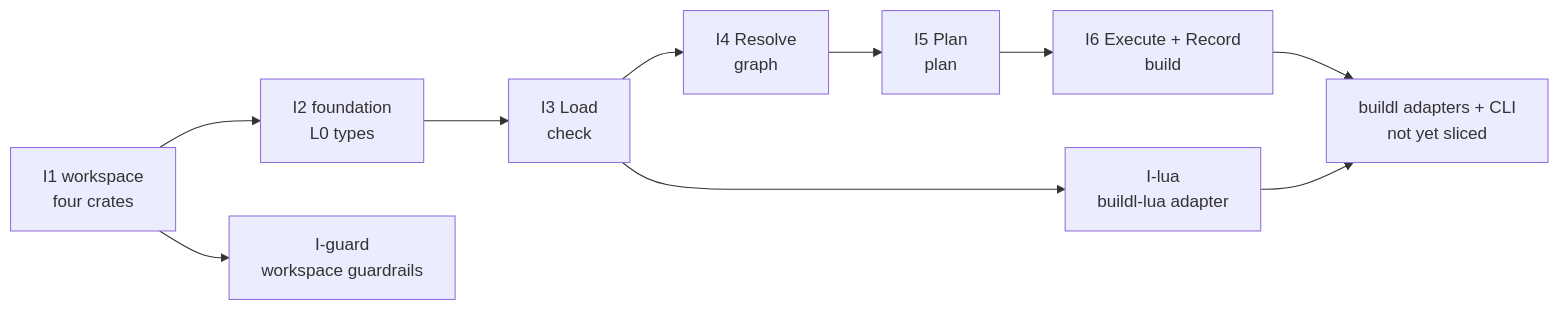
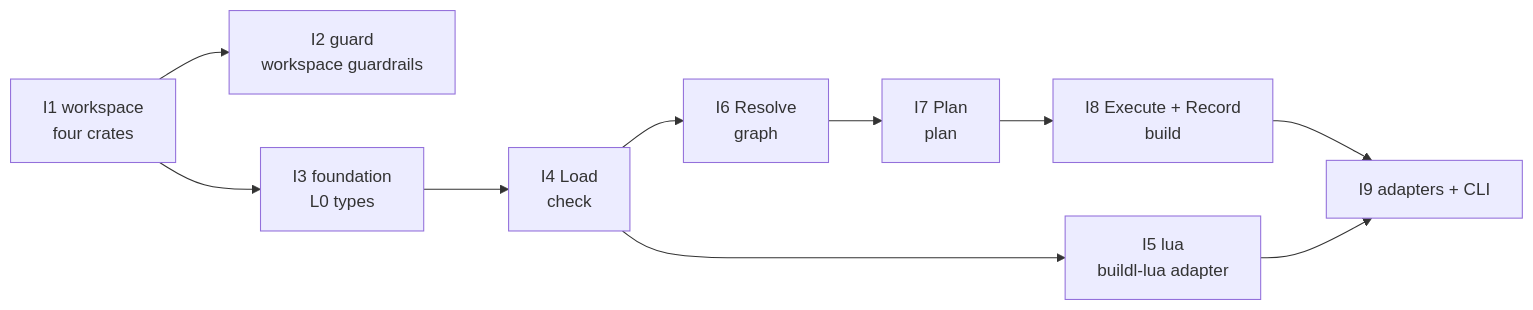
Before and after one commit to airsstack/buildl: the second of 2 diagrams in docs/roadmap.md, drawn with Mermaid. The commit also changed other lines of this file and 220 other files, not shown here.

First line of the commit message:
The buildl adapters and CLI: milestone 1 done (#9)

````diff
--- a/docs/roadmap.md
+++ b/docs/roadmap.md
@@ -49,13 +50,13 @@
 ```mermaid
 %% Milestone 1 — intent ladder; arrows point from a slice to the slice that needs it
 graph LR
-    I1["I1 workspace<br/>four crates"] --> I2["I2 foundation<br/>L0 types"]
-    I1 --> IG["I-guard<br/>workspace guardrails"]
-    I2 --> I3["I3 Load<br/>check"]
-    I3 --> I4["I4 Resolve<br/>graph"]
-    I4 --> I5["I5 Plan<br/>plan"]
-    I5 --> I6["I6 Execute + Record<br/>build"]
-    I3 --> ILUA["I-lua<br/>buildl-lua adapter"]
-    I6 --> ADP["buildl adapters + CLI<br/>not yet sliced"]
-    ILUA --> ADP
+    I1["I1 workspace<br/>four crates"] --> I2["I2 guard<br/>workspace guardrails"]
+    I1 --> I3["I3 foundation<br/>L0 types"]
+    I3 --> I4["I4 Load<br/>check"]
+    I4 --> I5["I5 lua<br/>buildl-lua adapter"]
+    I4 --> I6["I6 Resolve<br/>graph"]
+    I6 --> I7["I7 Plan<br/>plan"]
+    I7 --> I8["I8 Execute + Record<br/>build"]
+    I8 --> I9["I9 adapters + CLI"]
+    I5 --> I9
 ```
````
